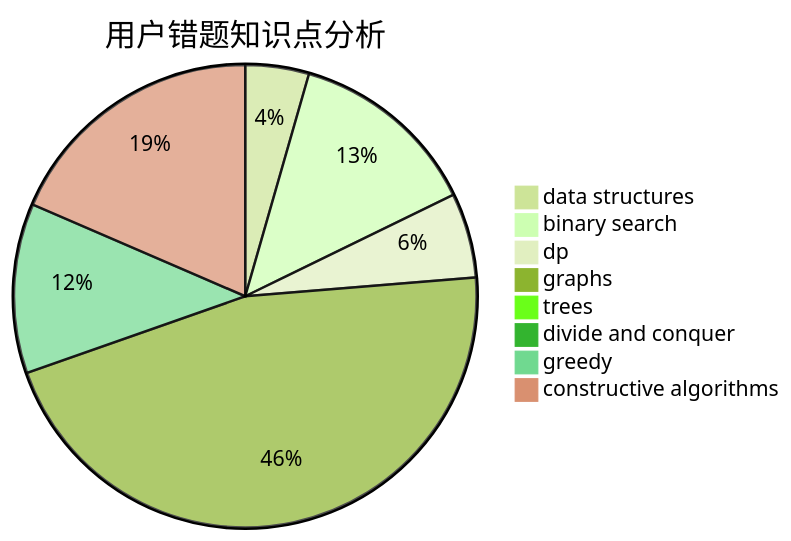
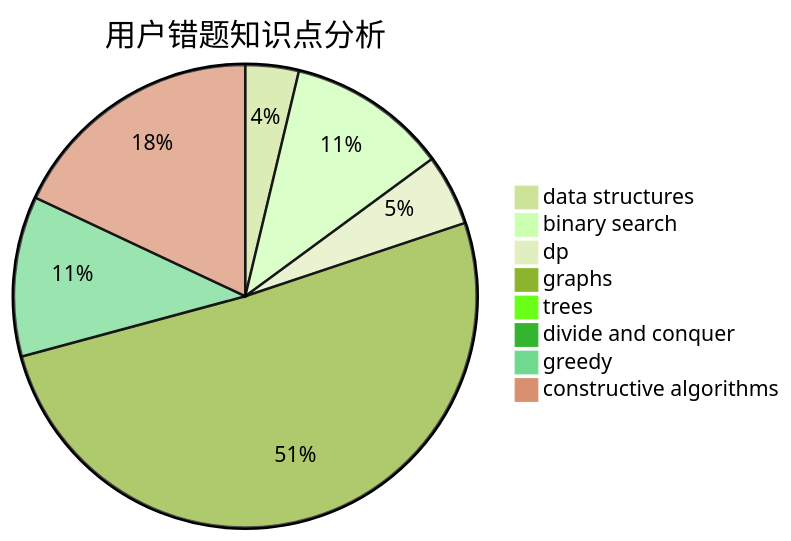
Before and after one commit to sherpahu/cfrs.github.io: the third of 3 diagrams in docs/user/u2430.md, drawn with Mermaid (forest theme). The commit also changed other lines of this file and 2770 other files, not shown here.

````diff
--- a/docs/user/u2430.md
+++ b/docs/user/u2430.md
@@ -36,11 +36,11 @@
 ```mermaid
 pie title 用户错题知识点分析
     "data structures" :  6
     "binary search" :  18
     "dp" :  8
-    "graphs" :  62
+    "graphs" :  82
     "trees" :  0
     "divide and conquer" :  0
-    "greedy" :  16
-    "constructive algorithms" :  25
+    "greedy" :  18
+    "constructive algorithms" :  29
 ```
````
